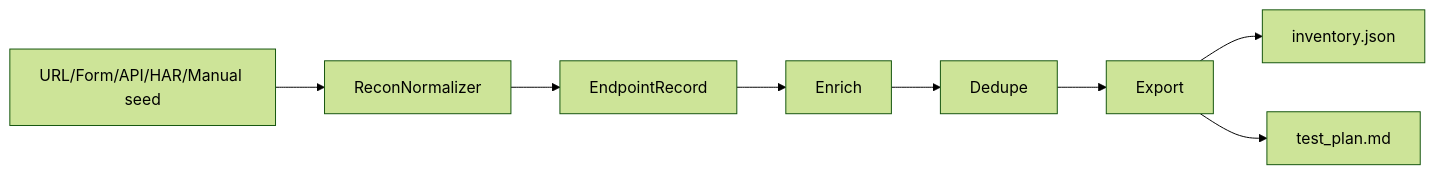
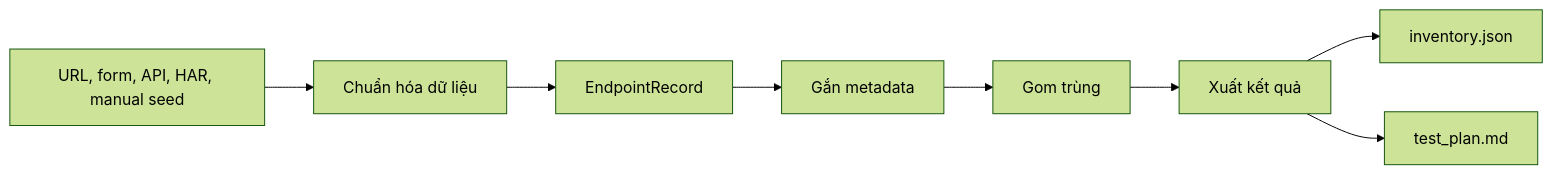
One commit to penguino7/toolkiemthu changed diagram 11 of 11 in RECON_FLOW.md. Above: the diagram before and after it, drawn with Mermaid (forest theme). The commit also changed other lines of this file, not shown here.

Commit message:
Update lại file recon

````diff
--- a/RECON_FLOW.md
+++ b/RECON_FLOW.md
@@ -352,10 +380,10 @@
 ```mermaid
 flowchart LR
-    A[URL/Form/API/HAR/Manual seed] --> B[ReconNormalizer]
+    A[URL, form, API, HAR, manual seed] --> B[Chuẩn hóa dữ liệu]
     B --> C[EndpointRecord]
-    C --> D[Enrich]
-    D --> E[Dedupe]
-    E --> F[Export]
+    C --> D[Gắn metadata]
+    D --> E[Gom trùng]
+    E --> F[Xuất kết quả]
     F --> G[inventory.json]
     F --> H[test_plan.md]
 ```
````
